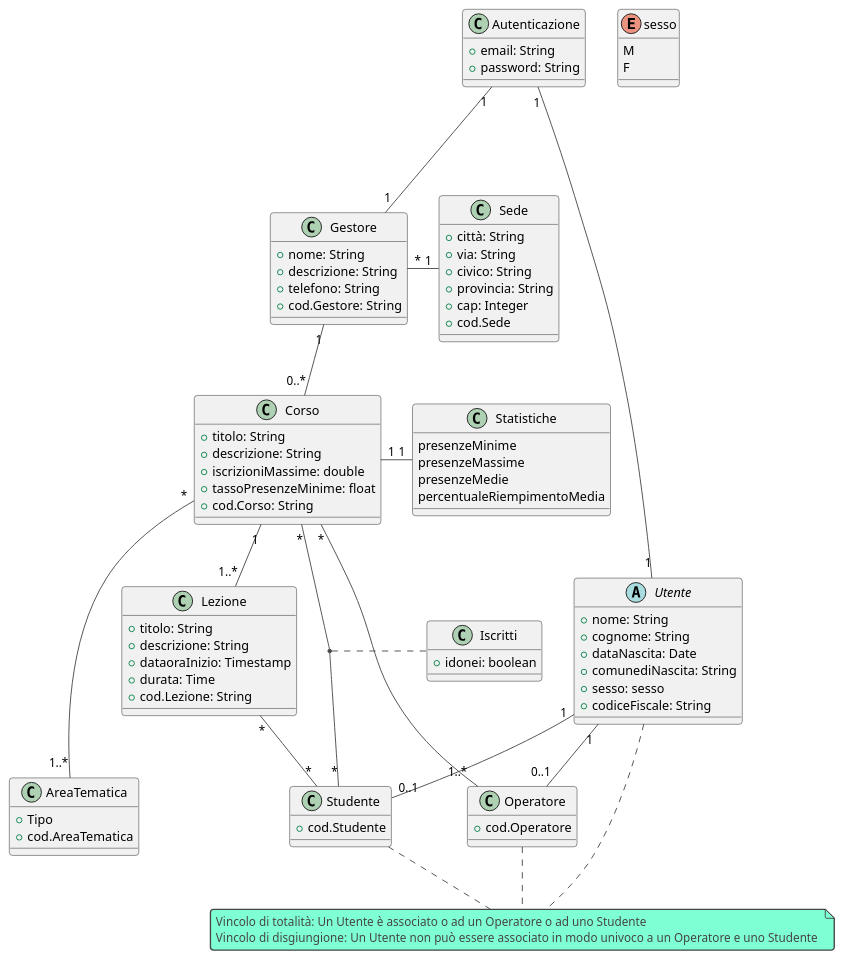
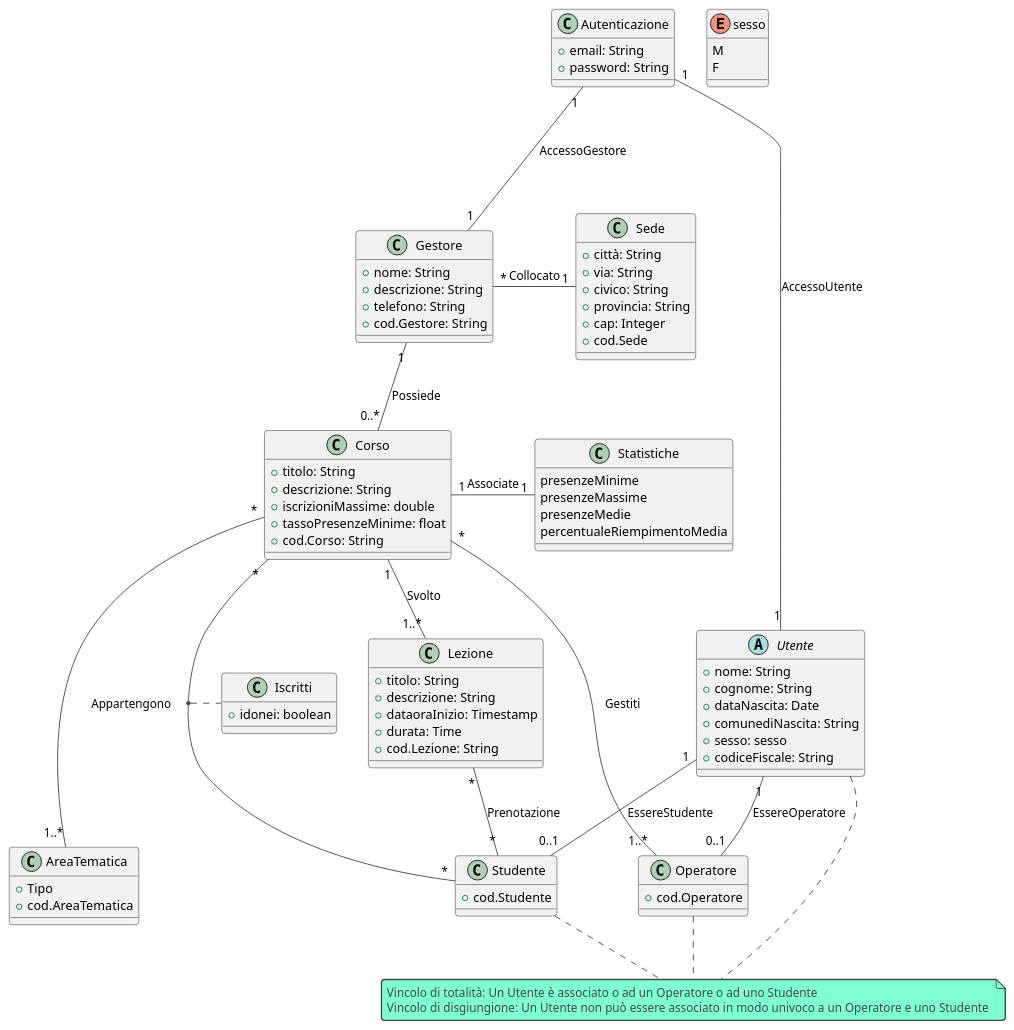
One commit to agostino-code/OO-BDI-Project changed the diagram in UML Ristrutturato.puml. Above: the diagram before and after it, drawn with PlantUML. The commit also changed 9 other files, not shown here.

```diff
--- a/UML Ristrutturato.puml
+++ b/UML Ristrutturato.puml
@@ -1,84 +1,84 @@
 @startuml
 'https://plantuml.com/class-diagram
 !theme vibrant
 class Autenticazione {
   +email: String
   +password: String
 }
-Autenticazione "1" -- "1" Utente
-Autenticazione "1" --- "1" Gestore
+Autenticazione "1" -- "1" Utente:AccessoUtente
+Autenticazione "1" --- "1" Gestore:AccessoGestore
 abstract class Utente{
   +nome: String
   +cognome: String
   +dataNascita: Date
   +comunediNascita: String
   +sesso: sesso
   +codiceFiscale: String
 }
 note "Vincolo di totalità: Un Utente è associato o ad un Operatore o ad uno Studente\nVincolo di disgiungione: Un Utente non può essere associato in modo univoco a un Operatore e uno Studente " as N1
 Utente ... N1
 Operatore .. N1
 Studente .. N1
 class Sede {
   +città: String
   +via: String
   +civico: String
   +provincia: String
   +cap: Integer
   +cod.Sede
 }
 class Gestore {
   +nome: String
   +descrizione: String
   +telefono: String
   +cod.Gestore: String
 }
-Gestore "*" - "1" Sede
+Gestore "*" - "1" Sede:Collocato
 class Operatore{
   +cod.Operatore
 }
 class Studente{
   +cod.Studente
 }
 enum sesso{
 M
 F
 }
-Utente "1" -- "0..1" Operatore
-Utente "1" -- "0..1" Studente
-Gestore "1" -- "0..*" Corso
+Utente "1" -- "0..1" Operatore:EssereOperatore
+Utente "1" -- "0..1" Studente:EssereStudente
+Gestore "1" -- "0..*" Corso:Possiede
 Corso "*" -- "*" Studente
-Corso "*" - "1..*" Operatore
+Corso "*" - "1..*" Operatore:Gestiti
 class Corso{
   +titolo: String
   +descrizione: String
   +iscrizioniMassime: double
   +tassoPresenzeMinime: float
   +cod.Corso: String
 }
 class AreaTematica{
   +Tipo
   +cod.AreaTematica
 }
-Corso "*" --- "1..*" AreaTematica
+Corso "*" --- "1..*" AreaTematica:Appartengono
 class Lezione{
   +titolo: String
   +descrizione: String
   +dataoraInizio: Timestamp
   +durata: Time
   +cod.Lezione: String
 }
-Corso "1" -- "1..*" Lezione
+Corso "1" -- "1..*" Lezione:Svolto
 (Corso, Studente) .. Iscritti
-Lezione "*" -- "*" Studente
+Lezione "*" -- "*" Studente:Prenotazione
 class Iscritti{
 +idonei: boolean
 }
 class Statistiche{
   presenzeMinime
   presenzeMassime
   presenzeMedie
   percentualeRiempimentoMedia
 }
-Corso "1" - "1" Statistiche
+Corso "1" - "1" Statistiche:Associate
 @enduml
```
